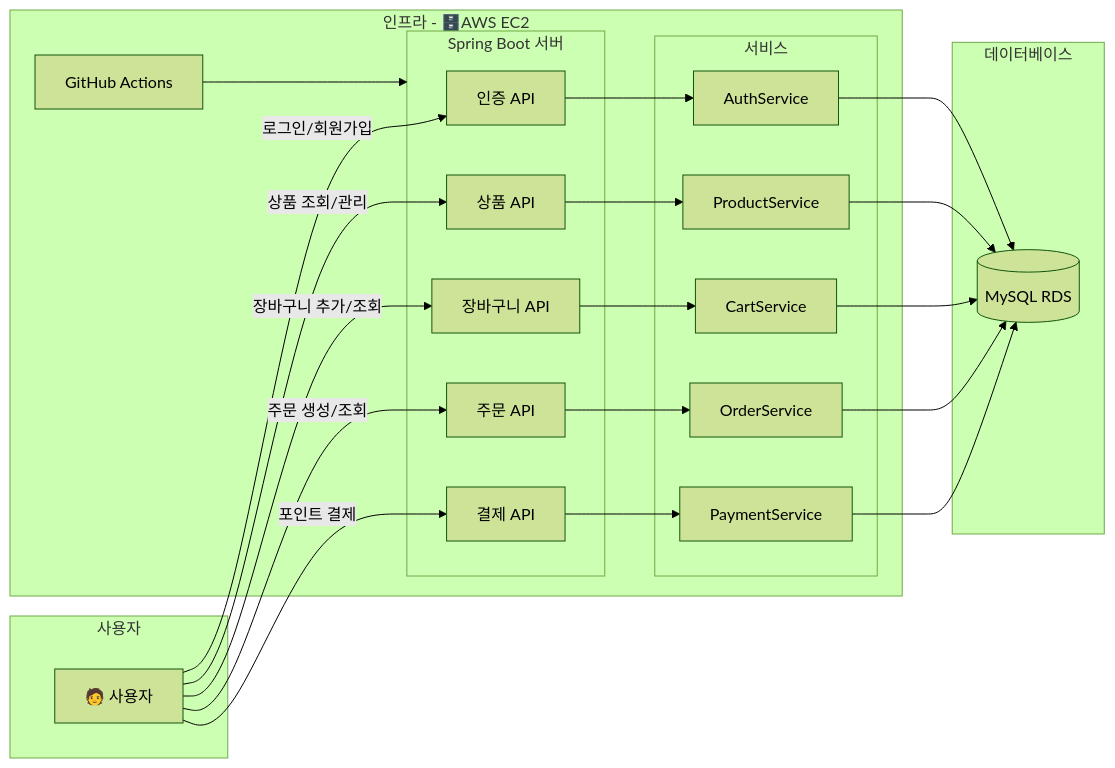
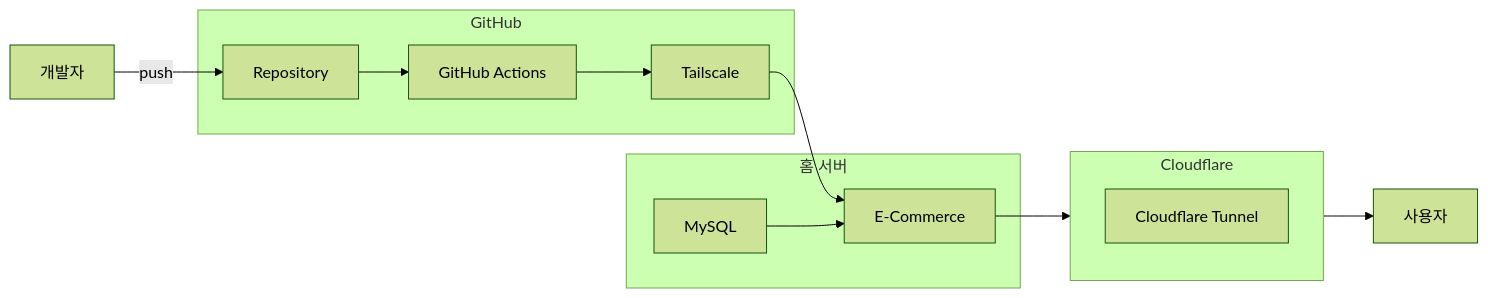
Before and after one commit to minjae5024/eCommerce: the diagram in README.md, drawn with Mermaid (forest theme).

````diff
--- a/README.md
+++ b/README.md
@@ -95,42 +95,27 @@
 ```mermaid
 graph LR
 
-  subgraph 사용자
-    A[🧑 사용자]
+  DEV[개발자]
+  USER[사용자]
+
+  subgraph CF[Cloudflare]
+    C2[Cloudflare Tunnel]
   end
 
-  subgraph 인프라 [인프라 - 🗄️AWS EC2]
-    E2[GitHub Actions]
-    
-    subgraph 서버 [Spring Boot 서버]
-      B1[인증 API]
-      B2[상품 API]
-      B3[장바구니 API]
-      B4[주문 API]
-      B5[결제 API]
-    end
-
-    subgraph 서비스
-      C1[AuthService]
-      C2[ProductService]
-      C3[CartService]
-      C4[OrderService]
-      C5[PaymentService]
-    end
+  subgraph GH[GitHub]
+    G1[Repository]
+    G2[GitHub Actions]
+    G3[Tailscale]
   end
 
-  subgraph 데이터베이스
-    D1[(MySQL RDS)]
+  subgraph HS[홈 서버]
+    S1[E-Commerce]
+    D1[MySQL]
   end
 
-  %% 사용자 요청 흐름
-  A -->|로그인/회원가입| B1 --> C1 --> D1
-  A -->|상품 조회/관리| B2 --> C2 --> D1
-  A -->|장바구니 추가/조회| B3 --> C3 --> D1
-  A -->|주문 생성/조회| B4 --> C4 --> D1
-  A -->|포인트 결제| B5 --> C5 --> D1
+  DEV -->|push| G1
+  G1 --> G2 --> G3 --> S1
 
-  %% 배포 흐름
-  E2 --> 서버
-
+  S1 --> CF --> USER
+  D1 --> S1
 ```
````
